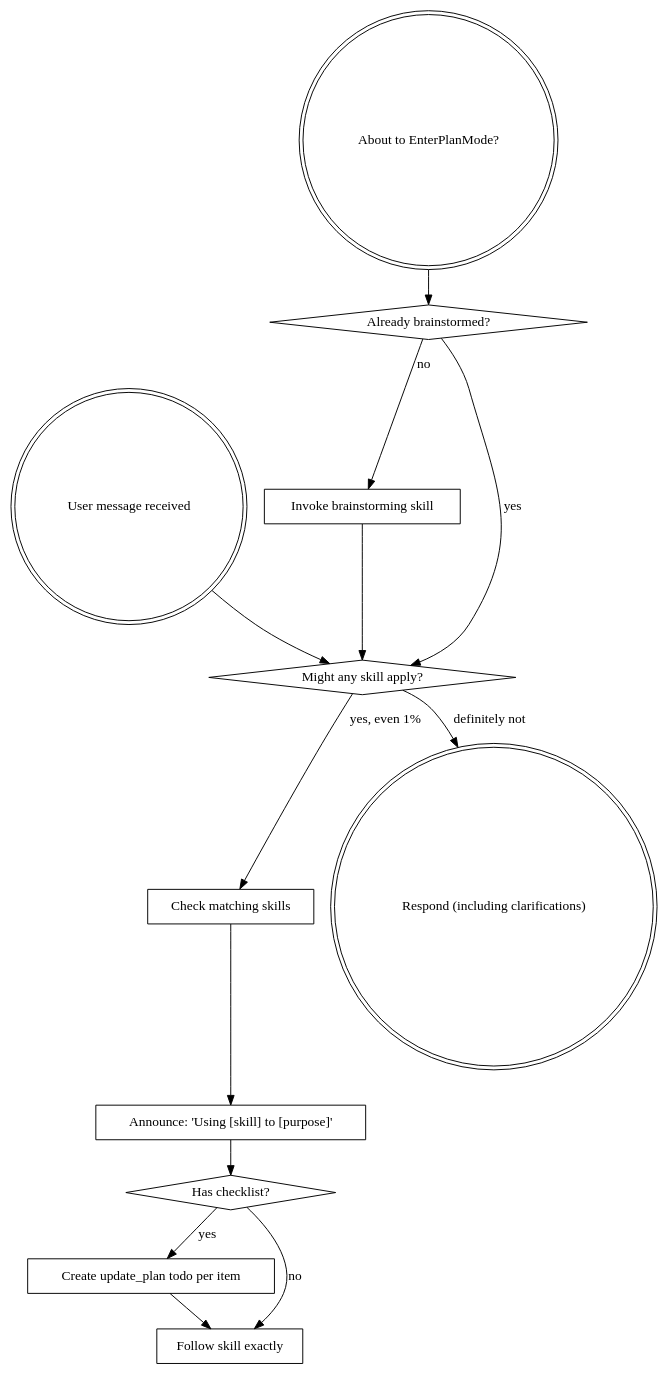
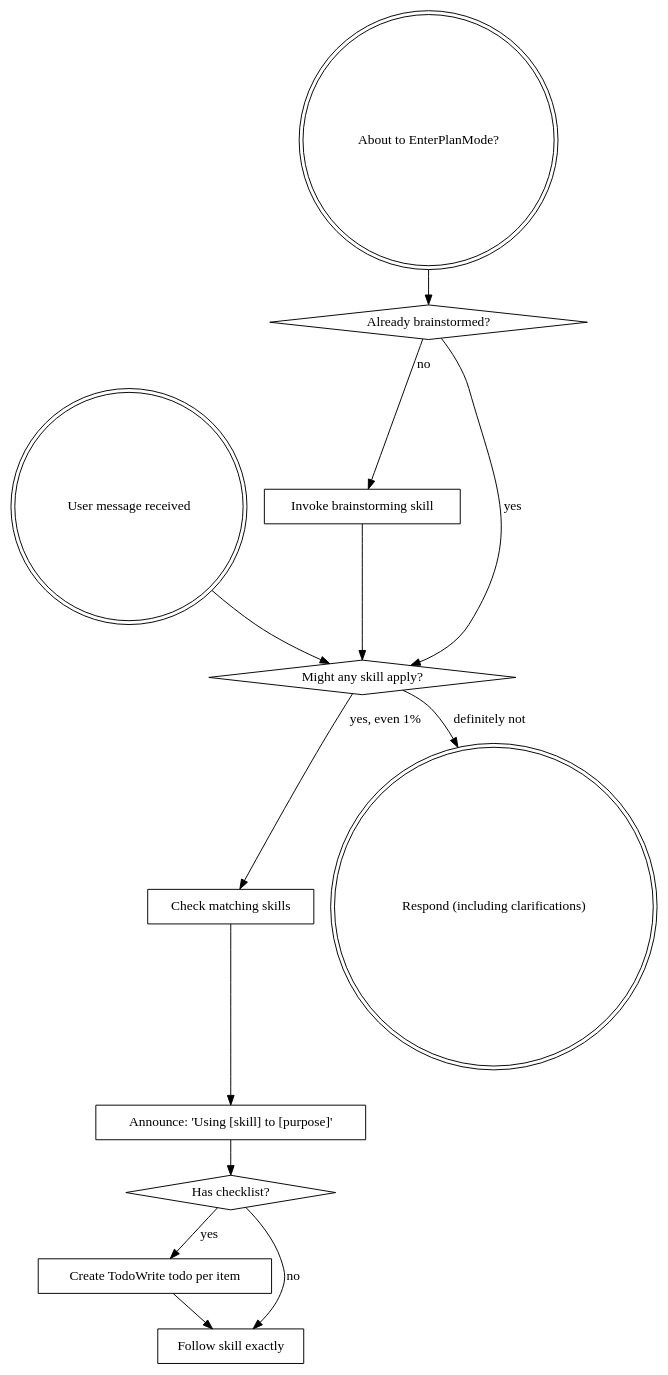
One commit to obra/superpowers changed the diagram in skills/using-superpowers/SKILL.md. Above: the diagram before and after it, drawn with Graphviz. The commit also changed 8 other files, not shown here.

````diff
--- a/skills/using-superpowers/SKILL.md
+++ b/skills/using-superpowers/SKILL.md
@@ -48,29 +48,29 @@
 ```dot
 digraph skill_flow {
     "User message received" [shape=doublecircle];
     "About to EnterPlanMode?" [shape=doublecircle];
     "Already brainstormed?" [shape=diamond];
     "Invoke brainstorming skill" [shape=box];
     "Might any skill apply?" [shape=diamond];
     "Check matching skills" [shape=box];
     "Announce: 'Using [skill] to [purpose]'" [shape=box];
     "Has checklist?" [shape=diamond];
-    "Create update_plan todo per item" [shape=box];
+    "Create TodoWrite todo per item" [shape=box];
     "Follow skill exactly" [shape=box];
     "Respond (including clarifications)" [shape=doublecircle];
 
     "About to EnterPlanMode?" -> "Already brainstormed?";
     "Already brainstormed?" -> "Invoke brainstorming skill" [label="no"];
     "Already brainstormed?" -> "Might any skill apply?" [label="yes"];
     "Invoke brainstorming skill" -> "Might any skill apply?";
 
     "User message received" -> "Might any skill apply?";
     "Might any skill apply?" -> "Check matching skills" [label="yes, even 1%"];
     "Might any skill apply?" -> "Respond (including clarifications)" [label="definitely not"];
     "Check matching skills" -> "Announce: 'Using [skill] to [purpose]'";
     "Announce: 'Using [skill] to [purpose]'" -> "Has checklist?";
-    "Has checklist?" -> "Create update_plan todo per item" [label="yes"];
+    "Has checklist?" -> "Create TodoWrite todo per item" [label="yes"];
     "Has checklist?" -> "Follow skill exactly" [label="no"];
-    "Create update_plan todo per item" -> "Follow skill exactly";
+    "Create TodoWrite todo per item" -> "Follow skill exactly";
 }
 ```
````
